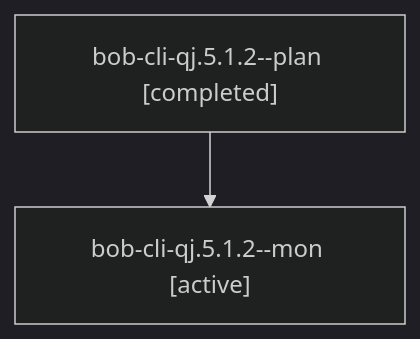
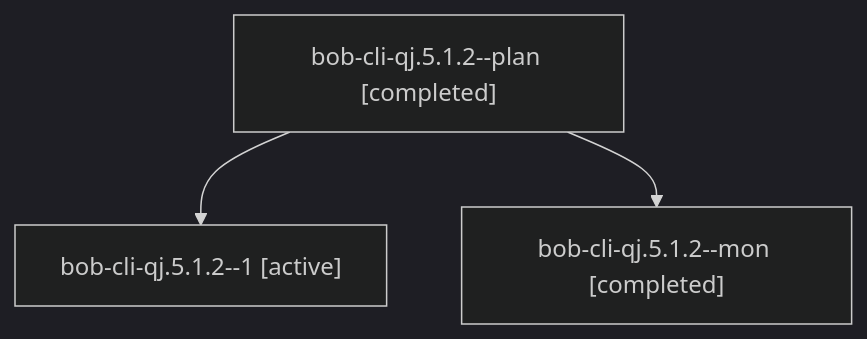
The diagram in sessions/bbugyi200.apollo.bob-cli-qj.5.1.2.md (bobs-org/bob-cli--agents), drawn with Mermaid (dark theme) before and after one commit. The commit also changed other lines of this file and 53 other files, not shown here.

````diff
--- a/sessions/bbugyi200.apollo.bob-cli-qj.5.1.2.md
+++ b/sessions/bbugyi200.apollo.bob-cli-qj.5.1.2.md
@@ -9,6 +9,8 @@
 ```mermaid
 flowchart TD
   n0["bob-cli-qj.5.1.2--plan [completed]"]
-  n1["bob-cli-qj.5.1.2--mon [active]"]
+  n1["bob-cli-qj.5.1.2--1 [active]"]
   n0 --> n1
+  n2["bob-cli-qj.5.1.2--mon [completed]"]
+  n0 --> n2
 ```
````
